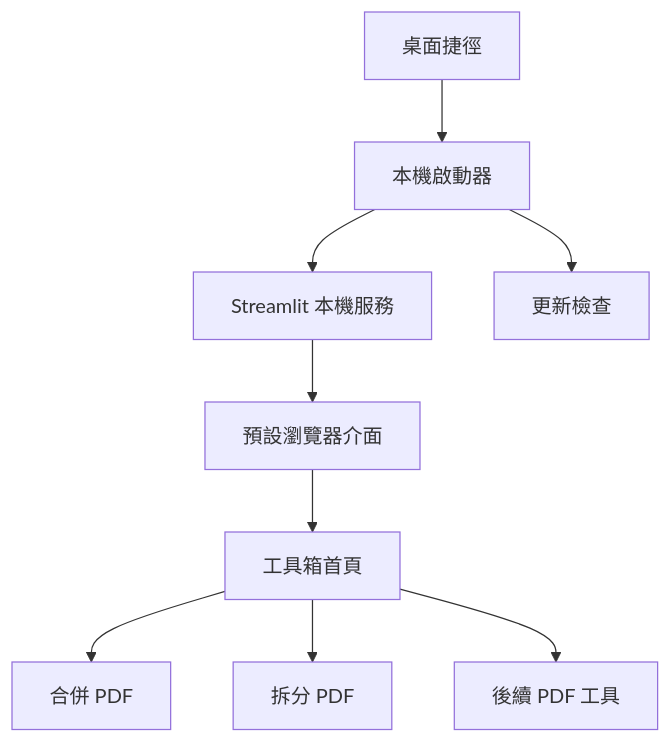
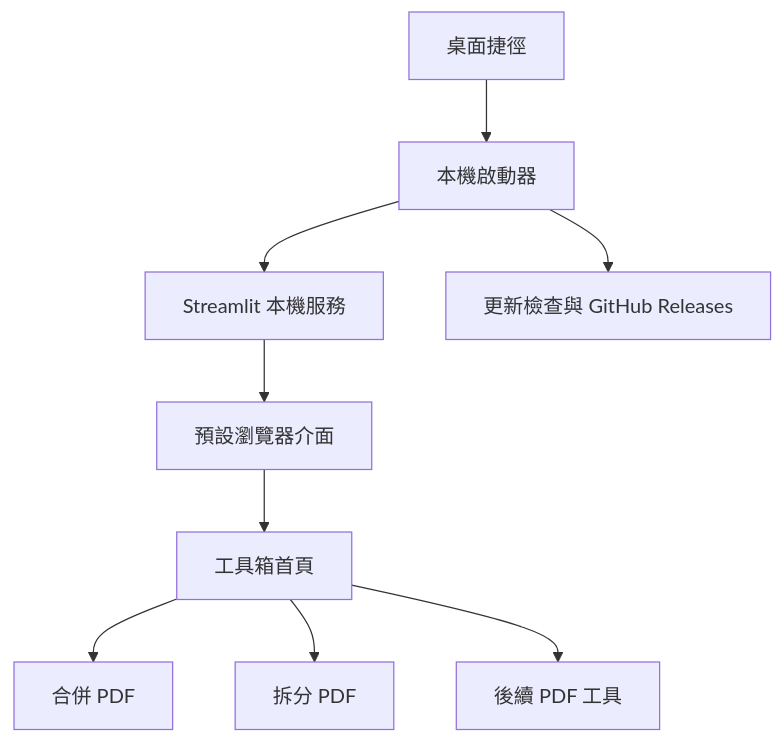
Before and after one commit to Yufe1210/local-pdf-toolbox: the diagram in docs/implementation-plan.md, drawn with Mermaid. The commit also changed other lines of this file and 13 other files, not shown here.

Commit message:
feat: use manual GitHub updates

````diff
--- a/docs/implementation-plan.md
+++ b/docs/implementation-plan.md
@@ -62,11 +62,11 @@
 ```mermaid
 flowchart TD
     Shortcut["桌面捷徑"] --> Launcher["本機啟動器"]
     Launcher --> Server["Streamlit 本機服務"]
     Server --> Browser["預設瀏覽器介面"]
     Browser --> Home["工具箱首頁"]
     Home --> Merge["合併 PDF"]
     Home --> Split["拆分 PDF"]
     Home --> Future["後續 PDF 工具"]
-    Launcher --> Update["更新檢查"]
+    Launcher --> Update["更新檢查與 GitHub Releases"]
 ```
````
